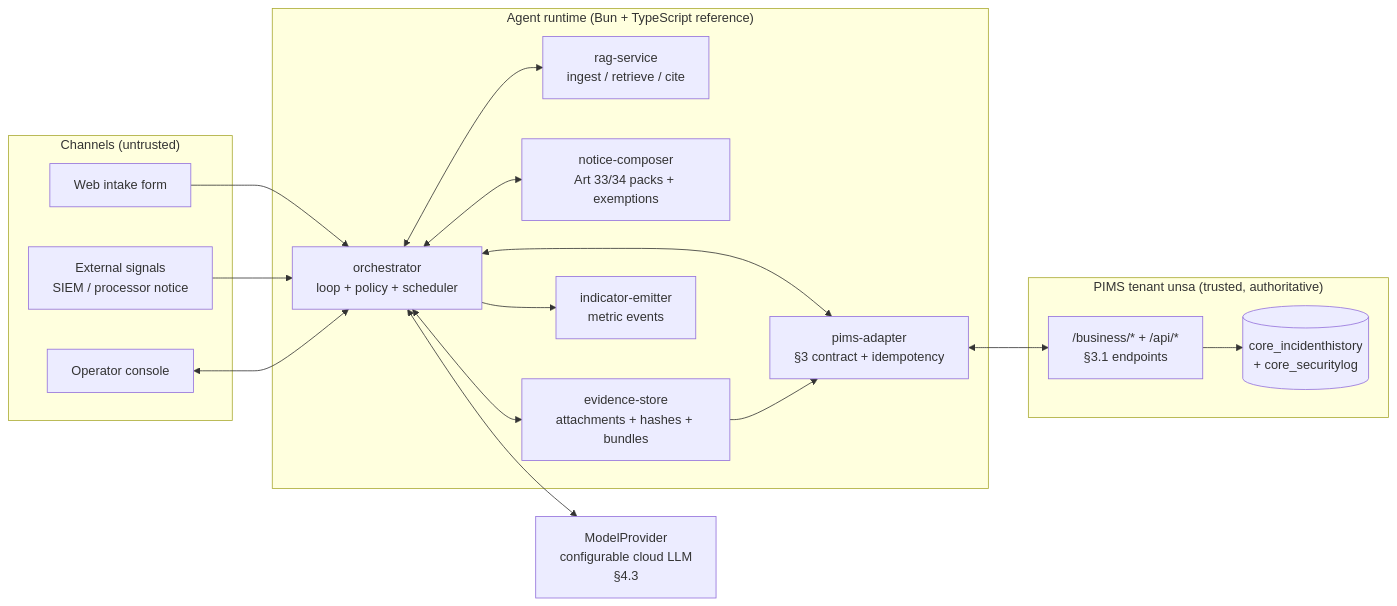
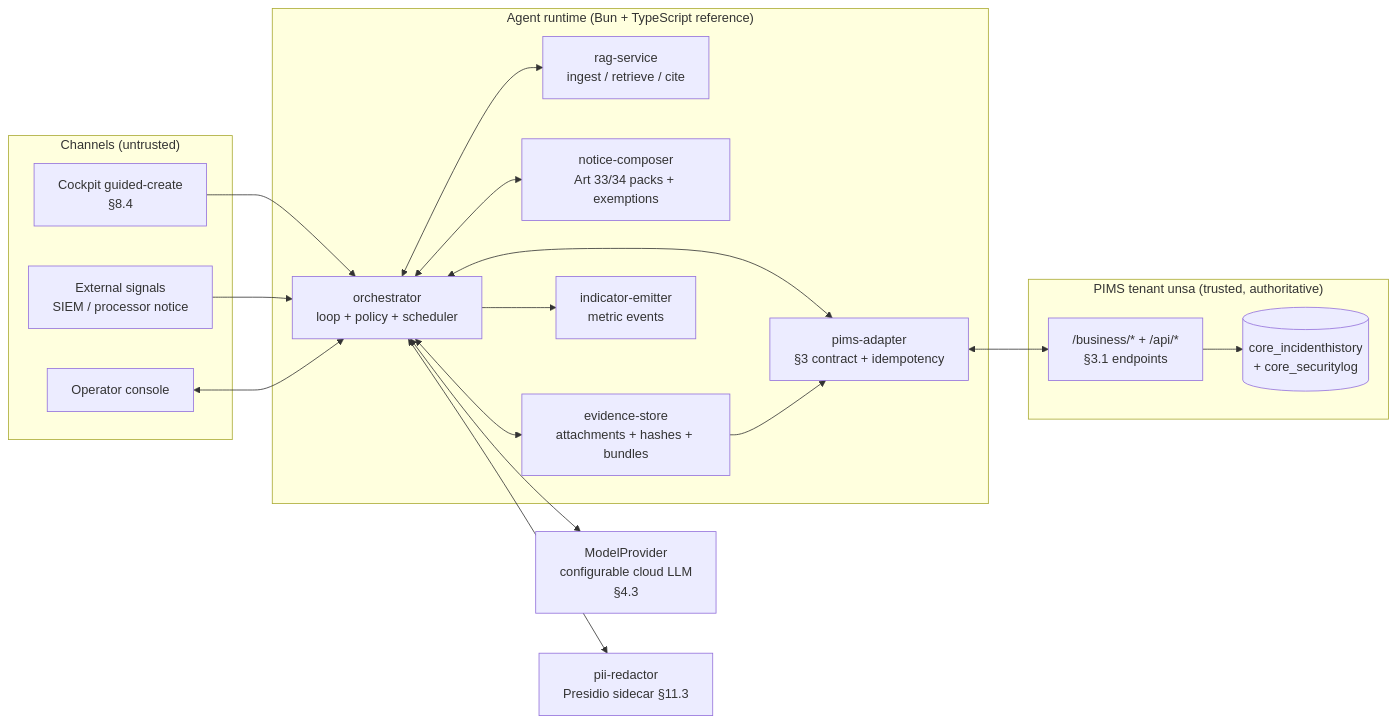
One commit to microuni-unsa/as-turno-b-grupo-4-final changed the first of 4 diagrams in docs/incident-agent-spec.md. Above: the diagram before and after it, drawn with Mermaid. The commit also changed other lines of this file and 7 other files, not shown here.

````diff
--- a/docs/incident-agent-spec.md
+++ b/docs/incident-agent-spec.md
@@ -397,33 +397,35 @@
 ```mermaid
 flowchart LR
     subgraph CH["Channels (untrusted)"]
-        FORM[Web intake form]
+        GUIDED[Cockpit guided-create<br/>§8.4]
         APIIN[External signals<br/>SIEM / processor notice]
         CONSOLE[Operator console]
     end
     subgraph AG["Agent runtime (Bun + TypeScript reference)"]
         ORCH[orchestrator<br/>loop + policy + scheduler]
         ADAPT[pims-adapter<br/>§3 contract + idempotency]
         RAG[rag-service<br/>ingest / retrieve / cite]
         NC[notice-composer<br/>Art 33/34 packs + exemptions]
         EV[evidence-store<br/>attachments + hashes + bundles]
         IE[indicator-emitter<br/>metric events]
     end
     subgraph PIMS["PIMS tenant unsa (trusted, authoritative)"]
         REST["/business/* + /api/*<br/>§3.1 endpoints"]
         HIST[(core_incidenthistory<br/>+ core_securitylog)]
     end
     MP[ModelProvider<br/>configurable cloud LLM<br/>§4.3]
-    FORM --> ORCH
+    REDACT[pii-redactor<br/>Presidio sidecar §11.3]
+    GUIDED --> ORCH
     APIIN --> ORCH
     CONSOLE <--> ORCH
     ORCH <--> ADAPT
     ORCH <--> RAG
     ORCH <--> NC
     ORCH <--> EV
     ORCH --> IE
     ORCH <--> MP
+    ORCH <--> REDACT
     ADAPT <--> REST
     REST --> HIST
     EV --> ADAPT
 ```
````
